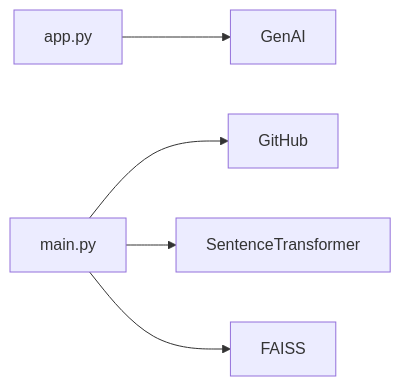
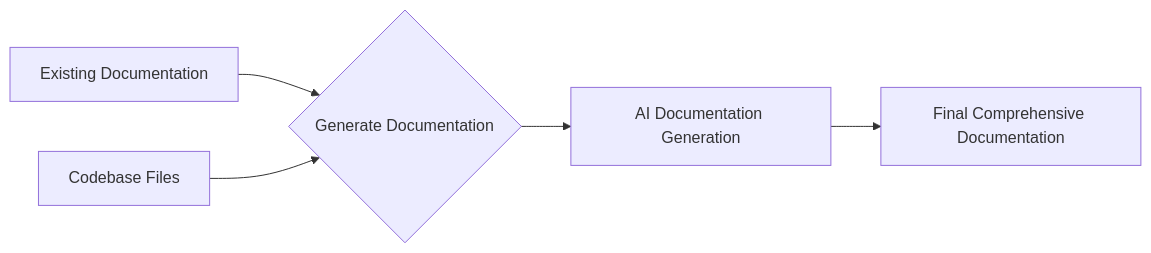
The diagram in backend/uploads/output.md (shivangjain03/github-doc), drawn with Mermaid before and after one commit. The commit also changed other lines of this file and 131 other files, not shown here.

````diff
--- a/backend/uploads/output.md
+++ b/backend/uploads/output.md
@@ -108,7 +23,7 @@
 ```mermaid
 graph LR
-    A[app.py] --> B[GenAI]
-    C[main.py] --> D[GitHub]
-    C --> E[SentenceTransformer]
-    C --> F[FAISS]
+A[Existing Documentation] --> B{Generate Documentation}
+C[Codebase Files] --> B
+B --> D[AI Documentation Generation]
+D --> E[Final Comprehensive Documentation]
 ```
````
